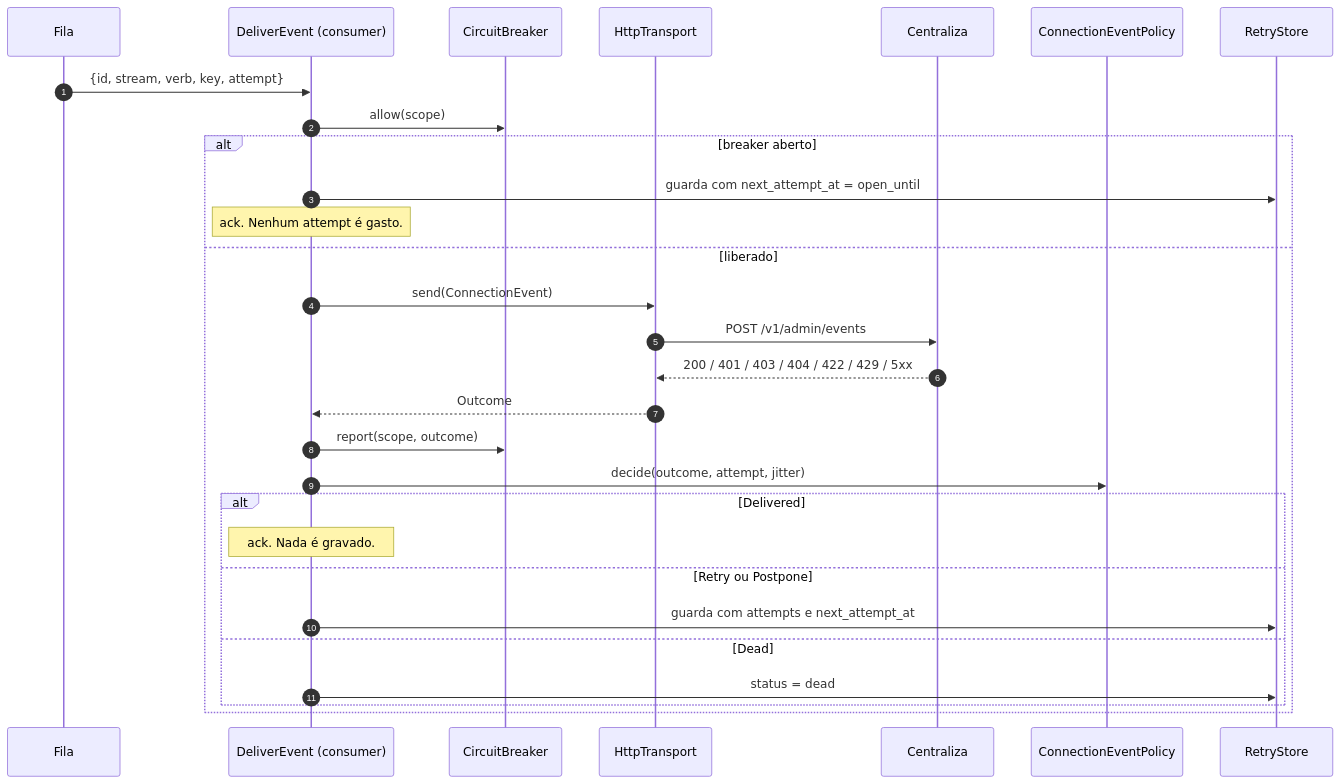
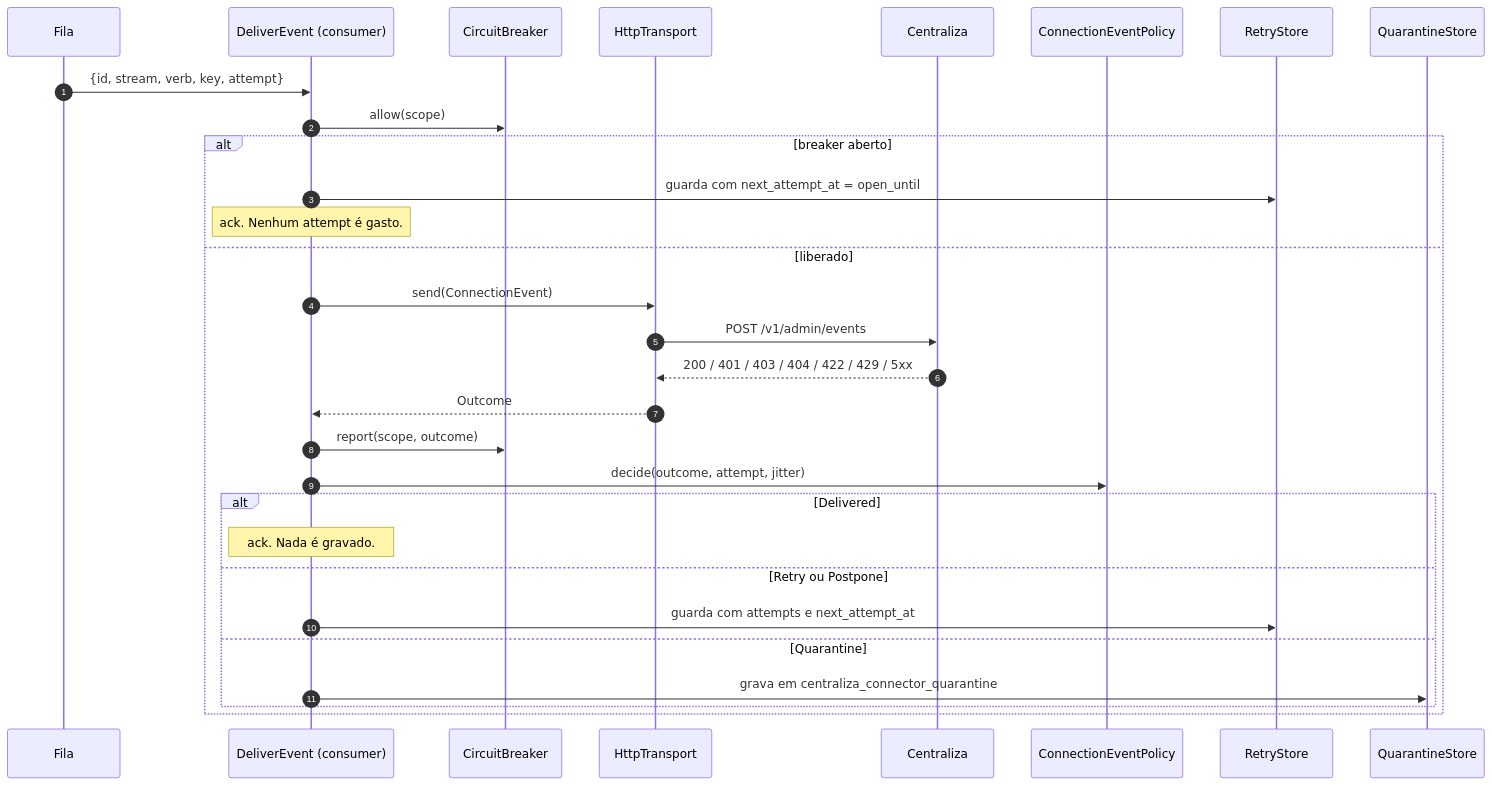
Before and after one commit to centraliza/module-connector: the fourth of 6 diagrams in docs/arquitetura.md, drawn with Mermaid. The commit also changed other lines of this file, not shown here.

First line of the commit message:
docs: document quarantine, new streams and observability

````diff
--- a/docs/arquitetura.md
+++ b/docs/arquitetura.md
@@ -242,32 +260,33 @@
 ```mermaid
 sequenceDiagram
     autonumber
     participant Q as Fila
     participant D as DeliverEvent (consumer)
     participant CB as CircuitBreaker
     participant TP as HttpTransport
     participant API as Centraliza
     participant PO as ConnectionEventPolicy
     participant RS as RetryStore
+    participant QS as QuarantineStore
 
     Q->>D: {id, stream, verb, key, attempt}
     D->>CB: allow(scope)
     alt breaker aberto
         D->>RS: guarda com next_attempt_at = open_until
         Note over D: ack. Nenhum attempt é gasto.
     else liberado
         D->>TP: send(ConnectionEvent)
         TP->>API: POST /v1/admin/events
         API-->>TP: 200 / 401 / 403 / 404 / 422 / 429 / 5xx
         TP-->>D: Outcome
         D->>CB: report(scope, outcome)
         D->>PO: decide(outcome, attempt, jitter)
         alt Delivered
             Note over D: ack. Nada é gravado.
         else Retry ou Postpone
             D->>RS: guarda com attempts e next_attempt_at
-        else Dead
-            D->>RS: status = dead
+        else Quarantine
+            D->>QS: grava em centraliza_connector_quarantine
         end
     end
 ```
````
